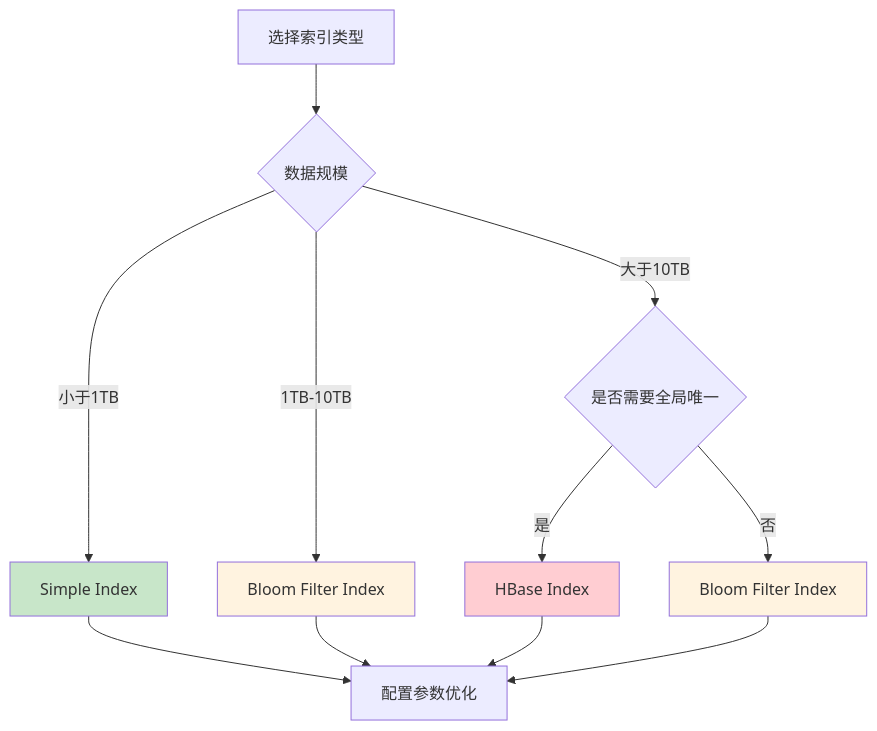
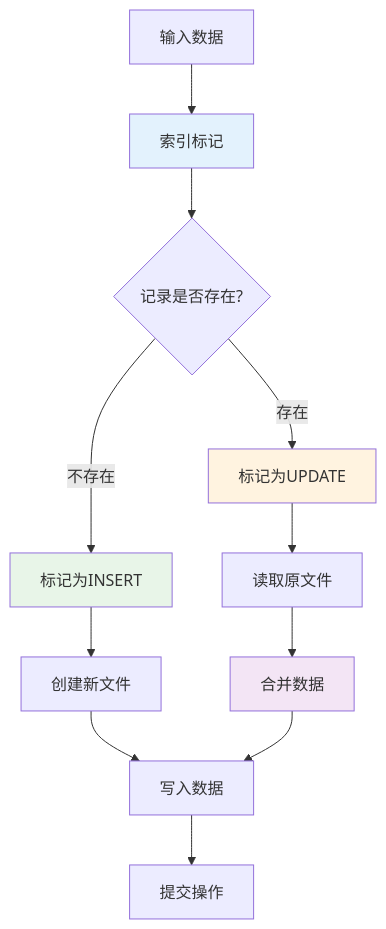
One commit to ralph-wren/TechStack-Handbook changed diagram 15 of 39 in 29.hudi.md. Above: the diagram before and after it, drawn with Mermaid. The commit also changed other lines of this file and 2 other files, not shown here.

````diff
--- a/29.hudi.md
+++ b/29.hudi.md
@@ -394,19 +862,18 @@
 ```mermaid
-flowchart TD
-    A["选择索引类型"] --> B{"数据规模"}
-    B -->|小于1TB| C["Simple Index"]
-    B -->|1TB-10TB| D["Bloom Filter Index"]
-    B -->|大于10TB| E{"是否需要全局唯一"}
-    E -->|是| F["HBase Index"]
-    E -->|否| G["Bloom Filter Index"]
+graph TD
+    A["输入数据"] --> B["索引标记"]
+    B --> C{记录是否存在?}
+    C -->|存在| D["标记为UPDATE"]
+    C -->|不存在| E["标记为INSERT"]
+    D --> F["读取原文件"]
+    E --> G["创建新文件"]
+    F --> H["合并数据"]
+    G --> I["写入数据"]
+    H --> I
+    I --> J["提交操作"]
     
-    C --> H["配置参数优化"]
-    D --> H
-    F --> H
-    G --> H
-    
-    style C fill:#c8e6c9
+    style B fill:#e3f2fd
     style D fill:#fff3e0
-    style F fill:#ffcdd2
-    style G fill:#fff3e0
+    style E fill:#e8f5e8
+    style H fill:#f3e5f5
 ```
````
